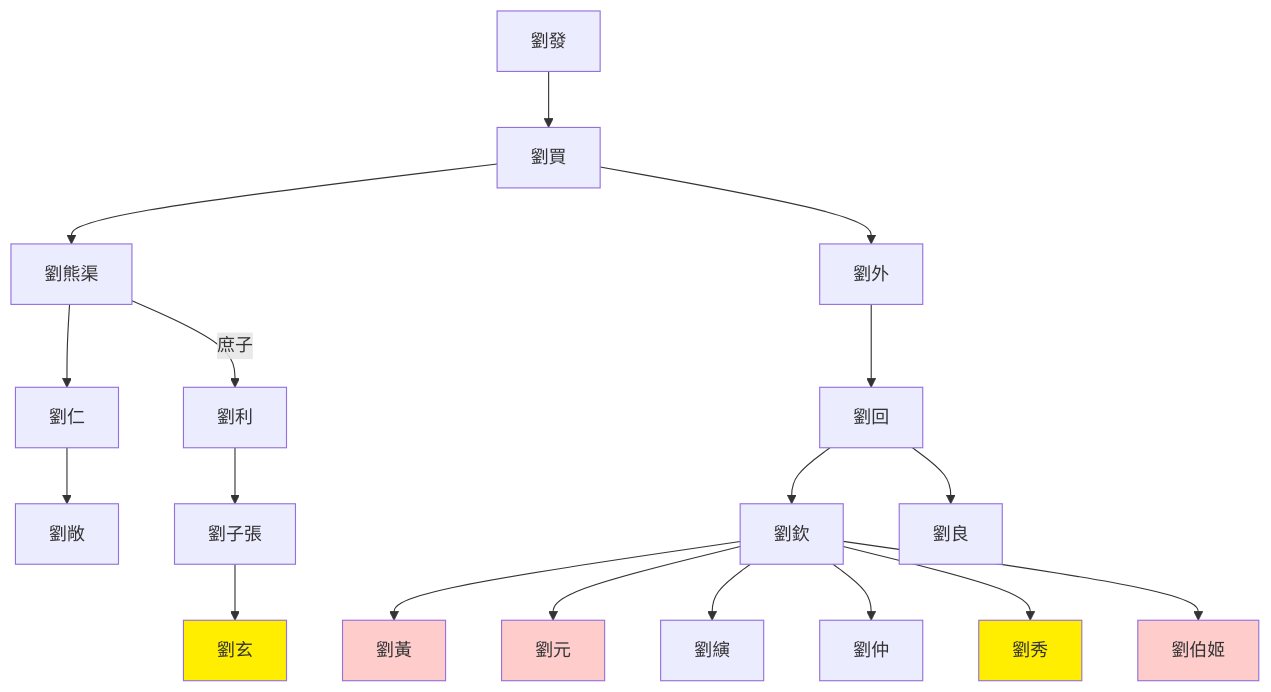
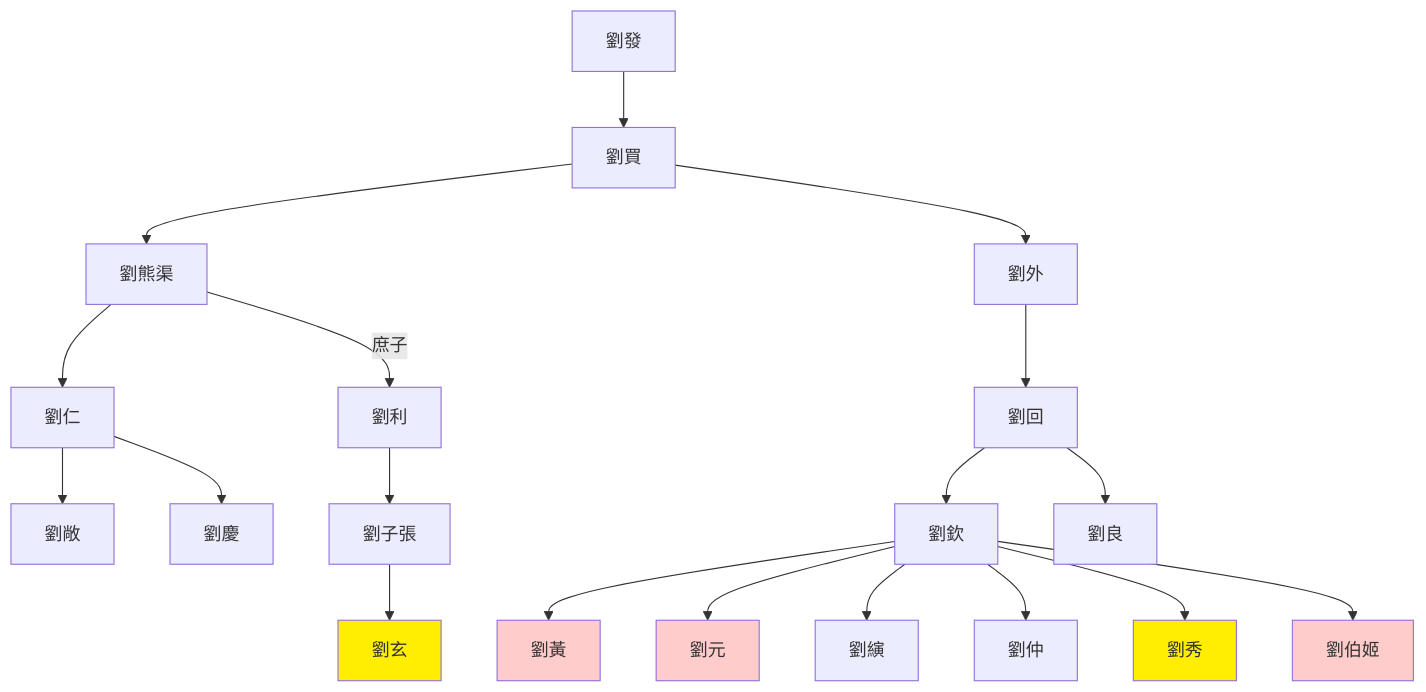
Before and after one commit to gamefang/zizhitongjian: the first of 2 diagrams in 通用專項/歷代世系圖/兩漢劉氏世系圖.md, drawn with Mermaid. The commit also changed 2 other files, not shown here.

Commit message:
更新至卷39节8

````diff
--- a/通用專項/歷代世系圖/兩漢劉氏世系圖.md
+++ b/通用專項/歷代世系圖/兩漢劉氏世系圖.md
@@ -5,27 +5,28 @@
 ```mermaid
 graph TB
 劉發-->劉買
 劉買-->劉熊渠
 劉熊渠-->劉仁
 劉仁-->劉敞
+劉仁-->劉慶
 劉熊渠--庶子-->劉利
 劉利-->劉子張
 劉子張-->劉玄
 
 劉買-->劉外
 劉外-->劉回
 劉回-->劉欽
 劉欽-->劉黃
 劉欽-->劉元
 劉欽-->劉縯
 劉欽-->劉仲
 劉欽-->劉秀
 劉欽-->劉伯姬
 劉回-->劉良
 
 classDef female fill:#ffcccc
 class 劉黃,劉元,劉伯姬 female
 
 classDef king fill:#ffee00
 class 劉玄,劉秀 king
 ```
````
